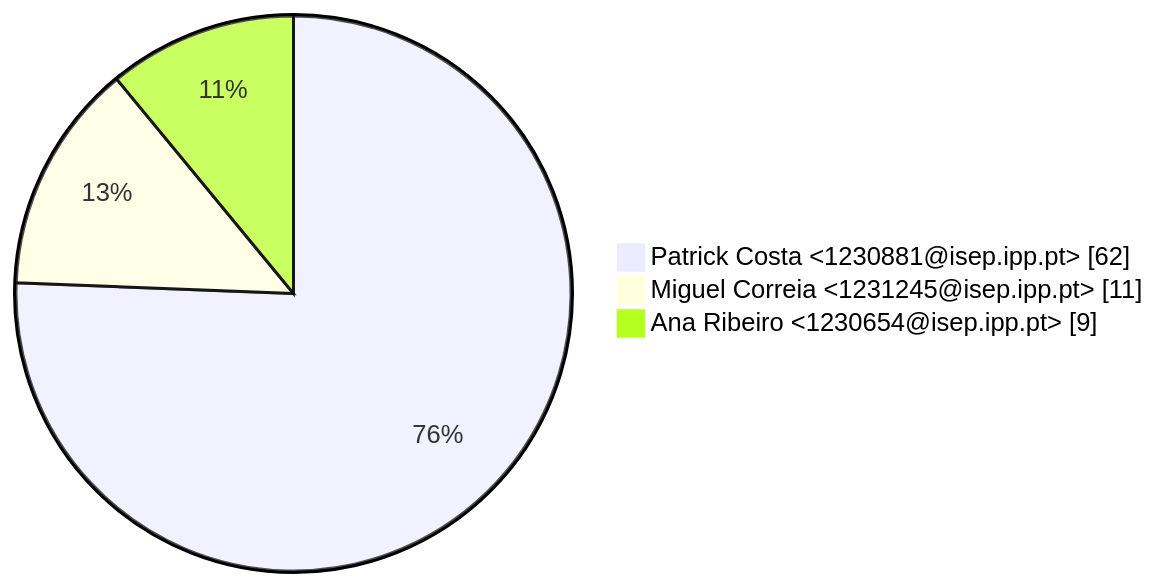
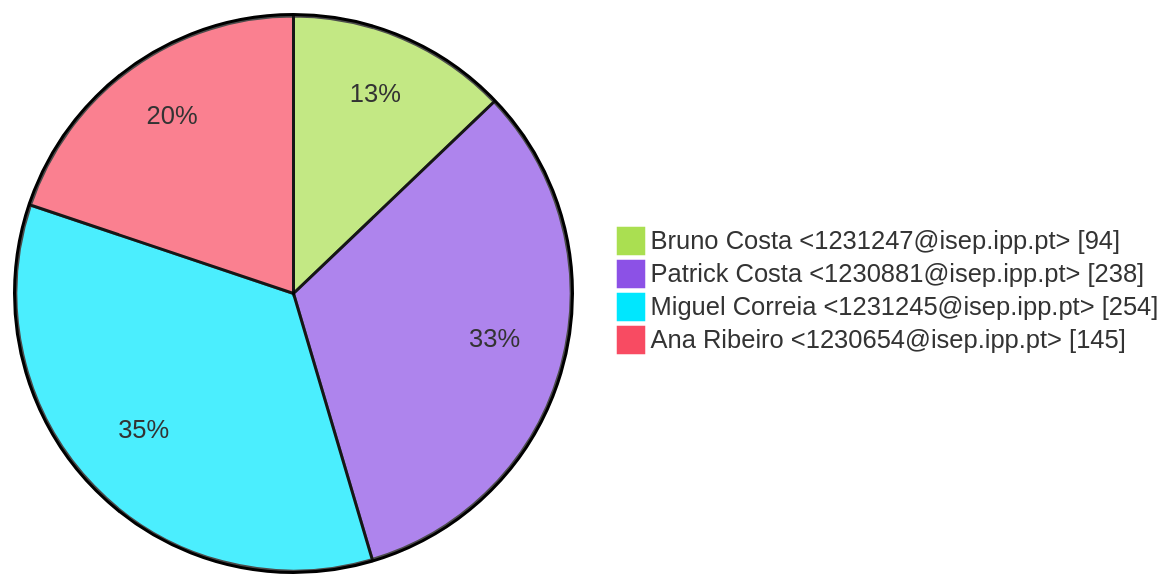
The third of 3 diagrams in GitAnalysis/Sprint_2/Contributions.md (PatrickCosta1/LSIS1_Grupo_7_GitHub), drawn with Mermaid before and after one commit. The commit also changed other lines of this file and 1 other file, not shown here.

````diff
--- a/GitAnalysis/Sprint_2/Contributions.md
+++ b/GitAnalysis/Sprint_2/Contributions.md
@@ -25,6 +30,8 @@
 ```mermaid
+%%{init: {'theme': 'base', 'themeVariables': { 'pie1': '#AADF51', 'pie2': '#8C51E6', 'pie3': '#00E7FE', 'pie4': '#F84B62', 'pie5': '#FFDE72', 'pie6': '#3060CF', 'pie7': '#59C9A5'}}}%%
 pie showData
-    " Patrick Costa <1230881@isep.ipp.pt>" : 62
-    " Miguel Correia <1231245@isep.ipp.pt>" : 11
-    " Ana Ribeiro <1230654@isep.ipp.pt>" : 9
+    " Bruno Costa <1231247@isep.ipp.pt>" : 94
+    " Patrick Costa <1230881@isep.ipp.pt>" : 238
+    " Miguel Correia <1231245@isep.ipp.pt>" : 254
+    " Ana Ribeiro <1230654@isep.ipp.pt>" : 145
 ```
````
